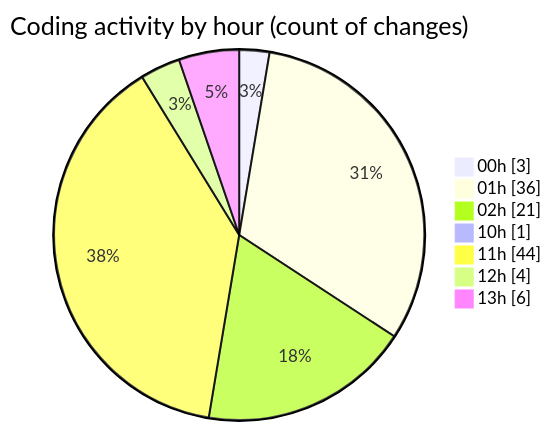
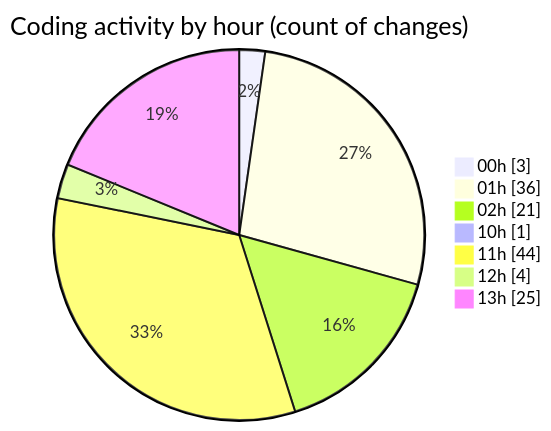
One commit to lephambinh05/code-tracking changed the second of 2 diagrams in 2025-09-05/hiai-phf/README.md. Above: the diagram before and after it, drawn with Mermaid. The commit also changed other lines of this file and 1 other file, not shown here.

````diff
--- a/2025-09-05/hiai-phf/README.md
+++ b/2025-09-05/hiai-phf/README.md
@@ -66,11 +72,11 @@
 ```mermaid
 pie showData
 title Coding activity by hour (count of changes)
 "00h" : 3
 "01h" : 36
 "02h" : 21
 "10h" : 1
 "11h" : 44
 "12h" : 4
-"13h" : 6
+"13h" : 25
 ```
````
